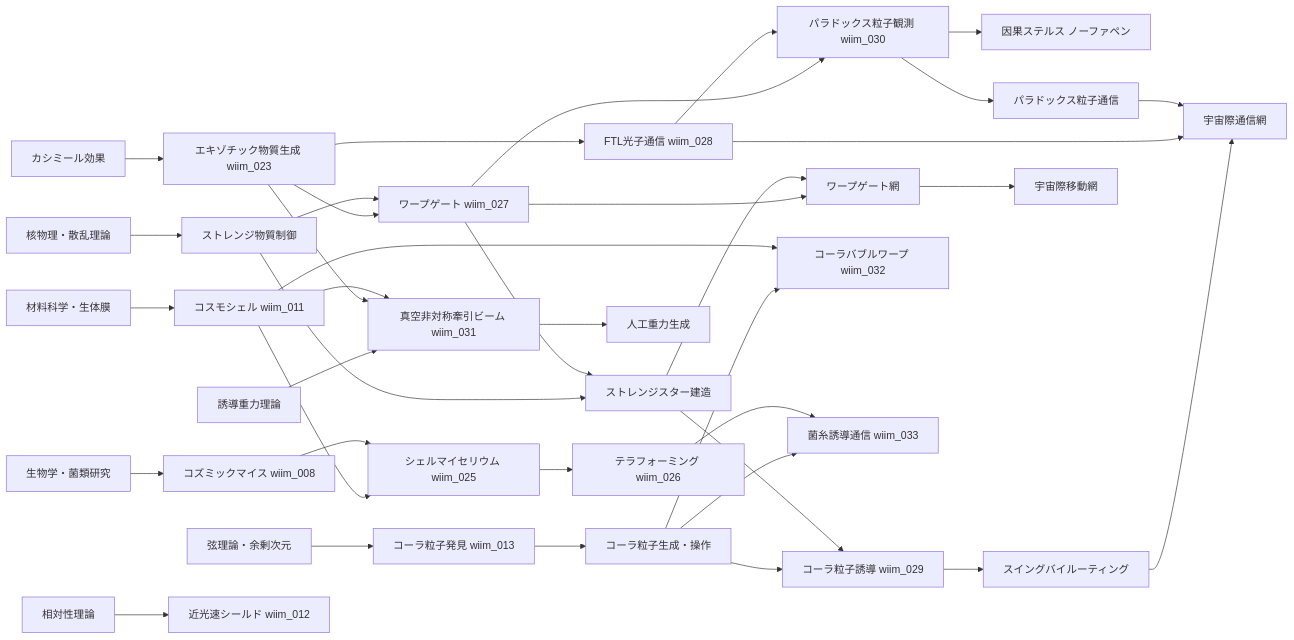
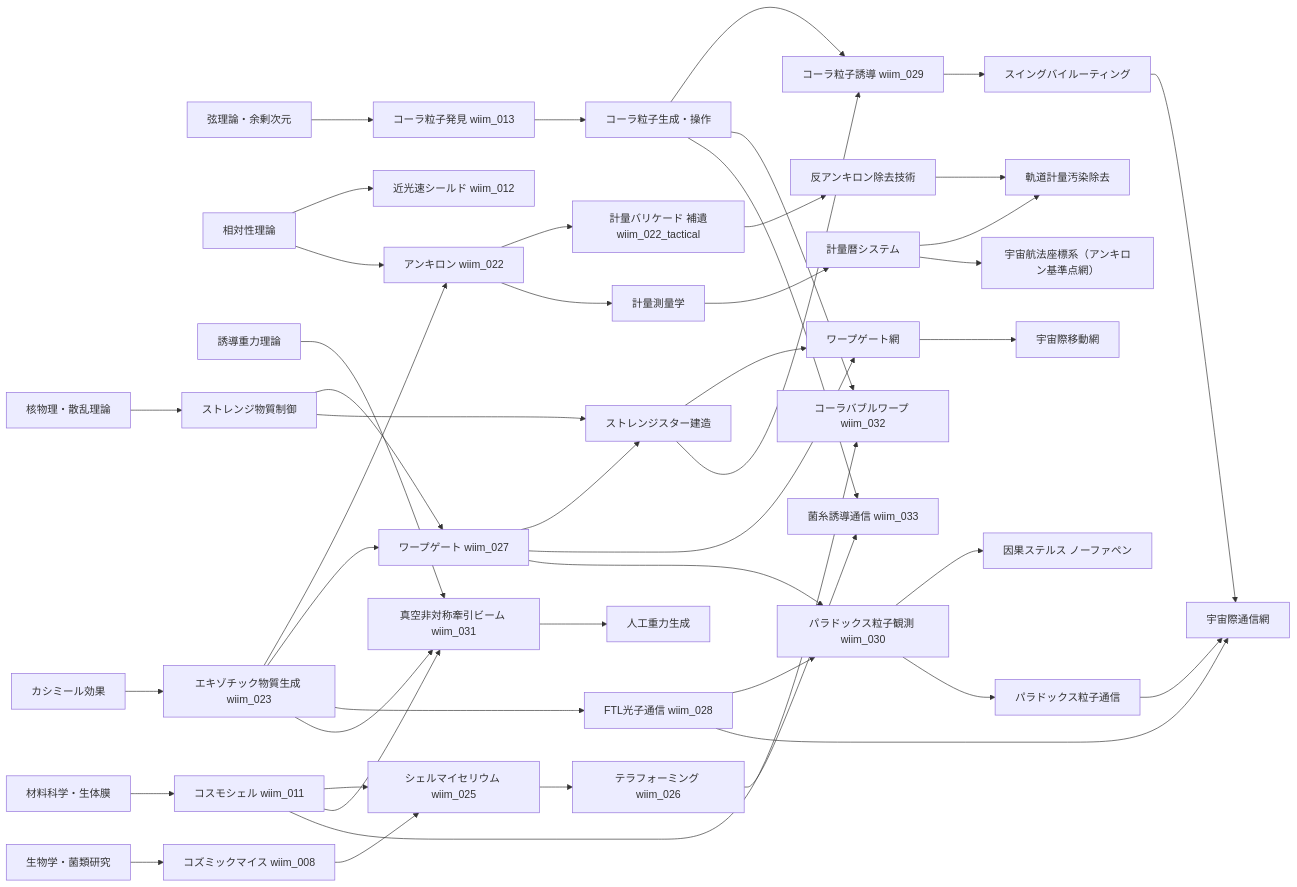
The first of 4 diagrams in docs/notes/tech_tree.md (theronium/WhatIfImpossible), drawn with Mermaid before and after one commit. The commit also changed other lines of this file and 11 other files, not shown here.

First line of the commit message:
Add wiim_034/035, tactical/economy notes, and editor improvements

````diff
--- a/docs/notes/tech_tree.md
+++ b/docs/notes/tech_tree.md
@@ -16,50 +16,60 @@
 ```mermaid
 flowchart LR
     C0A[カシミール効果]
     C0B[弦理論・余剰次元]
     C0C[核物理・散乱理論]
     C0D[生物学・菌類研究]
     C0E[相対性理論]
     C0F[材料科学・生体膜]
     C0G[誘導重力理論]
 
     C0A --> T1A[エキゾチック物質生成 wiim_023]
     C0B --> T1B[コーラ粒子発見 wiim_013]
     C0F --> T1C[コスモシェル wiim_011]
     C0C --> T1D[ストレンジ物質制御]
     C0D --> T1E[コズミックマイス wiim_008]
     C0E --> T2F[近光速シールド wiim_012]
+    C0E --> T1F[アンキロン wiim_022]
+    T1A --> T1F
     C0G --> T2G[真空非対称牽引ビーム wiim_031]
 
     T1A --> T2A[ワープゲート wiim_027]
     T1A --> T2B[FTL光子通信 wiim_028]
     T1A --> T2G
     T1B --> T2C[コーラ粒子生成・操作]
     T1C --> T2E[シェルマイセリウム wiim_025]
     T1C --> T2G
     T1D --> T2A
     T1D --> T2D[ストレンジスター建造]
     T1E --> T2E
 
     T2A --> T2D
     T2A --> T3A[ワープゲート網]
     T2A --> T2H[パラドックス粒子観測 wiim_030]
     T2B --> T2H
     T2C --> T3B[コーラ粒子誘導 wiim_029]
     T2C --> T3I[コーラバブルワープ wiim_032]
     T1C --> T3I
     T2D --> T3A
     T2D --> T3B
     T2E --> T3C[テラフォーミング wiim_026]
     T2C --> T3H[菌糸誘導通信 wiim_033]
     T3C --> T3H
     T2G --> T3E[人工重力生成]
     T2H --> T3F[因果ステルス ノーファペン]
     T2H --> T3G[パラドックス粒子通信]
 
     T3B --> T3D[スイングバイルーティング]
     T3D --> T4B[宇宙際通信網]
     T3A --> T4A[宇宙際移動網]
     T2B --> T4B
     T3G --> T4B
+
+    T1F --> T2K[計量バリケード 補遺wiim_022_tactical]
+    T1F --> T2L[計量測量学]
+    T2K --> T2M[反アンキロン除去技術]
+    T2L --> T3K[計量暦システム]
+    T2M --> T3L[軌道計量汚染除去]
+    T3K --> T3L
+    T3K --> T4C[宇宙航法座標系（アンキロン基準点網）]
 ```
````
